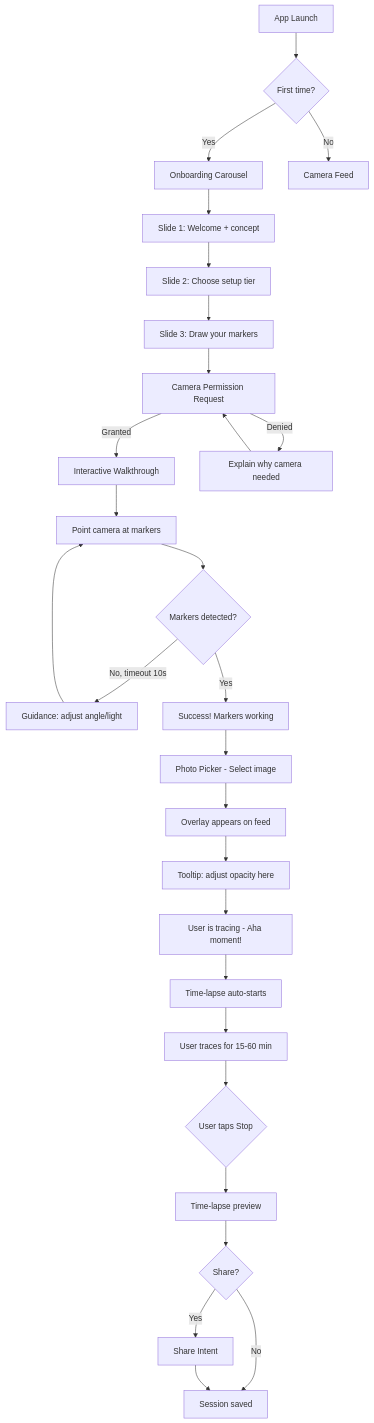
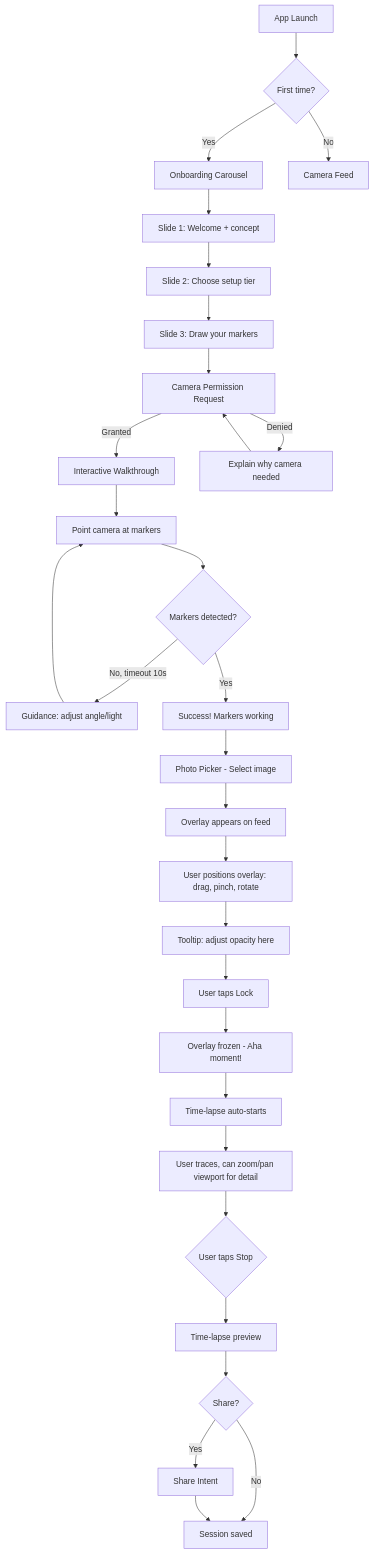
Before and after one commit to JN0V/TraceGlass: the first of 3 diagrams in _bmad-output/planning-artifacts/ux-design-specification.md, drawn with Mermaid. The commit also changed other lines of this file and 11 other files, not shown here.

````diff
--- a/_bmad-output/planning-artifacts/ux-design-specification.md
+++ b/_bmad-output/planning-artifacts/ux-design-specification.md
@@ -455,35 +463,37 @@
 ```mermaid
 flowchart TD
     A[App Launch] --> B{First time?}
     B -->|Yes| C[Onboarding Carousel]
     B -->|No| J[Camera Feed]
     
     C --> C1[Slide 1: Welcome + concept]
     C1 --> C2[Slide 2: Choose setup tier]
     C2 --> C3[Slide 3: Draw your markers]
     C3 --> D[Camera Permission Request]
     
     D -->|Granted| E[Interactive Walkthrough]
     D -->|Denied| D1[Explain why camera needed]
     D1 --> D[Camera Permission Request]
     
     E --> E1[Point camera at markers]
     E1 --> E2{Markers detected?}
     E2 -->|No, timeout 10s| E3[Guidance: adjust angle/light]
     E3 --> E1
     E2 -->|Yes| E4[Success! Markers working]
     
     E4 --> F[Photo Picker - Select image]
     F --> G[Overlay appears on feed]
-    G --> H[Tooltip: adjust opacity here]
-    H --> I[User is tracing - Aha moment!]
-    
+    G --> G1[User positions overlay: drag, pinch, rotate]
+    G1 --> G2[Tooltip: adjust opacity here]
+    G2 --> H[User taps Lock]
+    H --> I[Overlay frozen - Aha moment!]
+
     I --> I1[Time-lapse auto-starts]
-    I1 --> I2[User traces for 15-60 min]
+    I1 --> I2[User traces, can zoom/pan viewport for detail]
     I2 --> K{User taps Stop}
     K --> L[Time-lapse preview]
     L --> M{Share?}
     M -->|Yes| N[Share Intent]
     M -->|No| O[Session saved]
     N --> O
 ```
````
